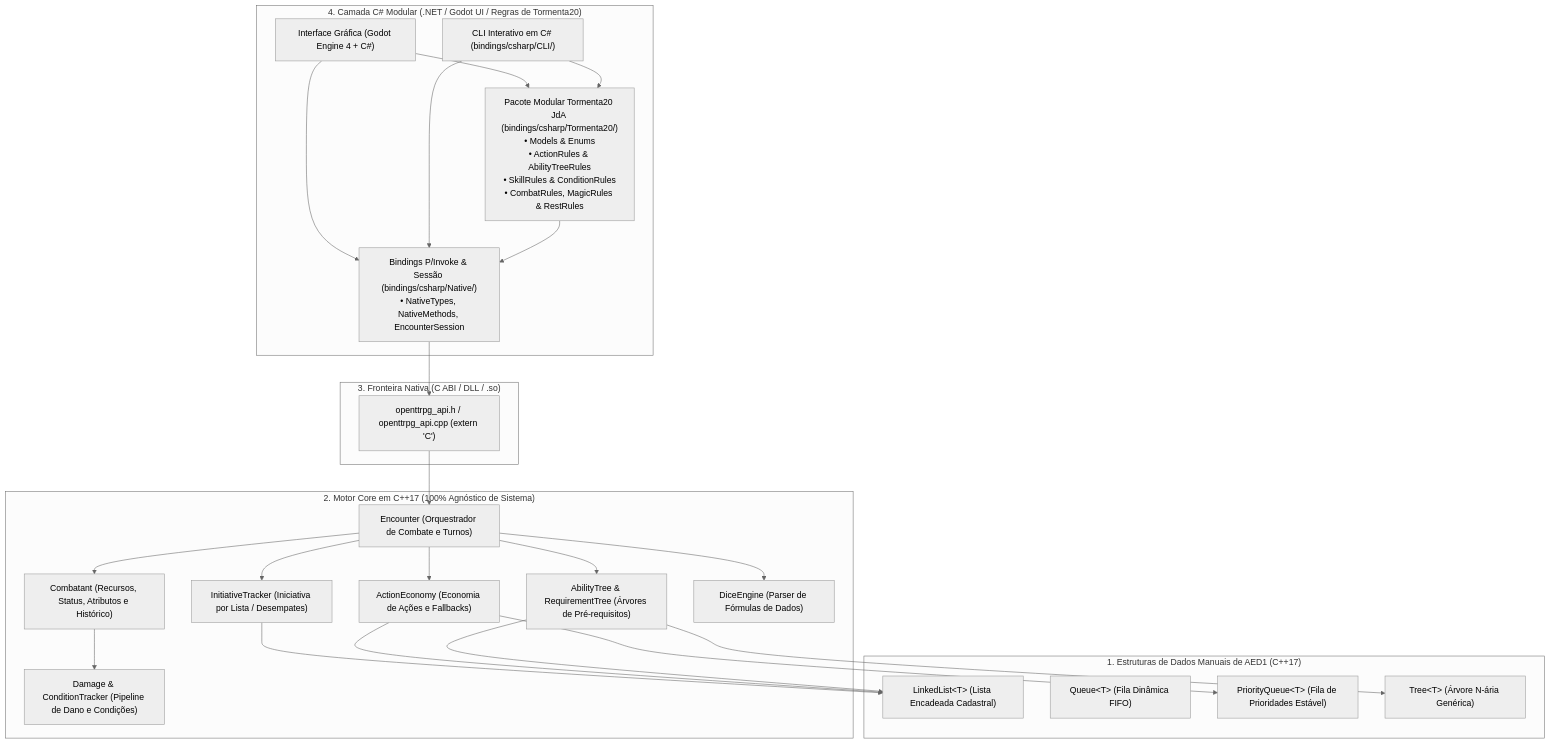
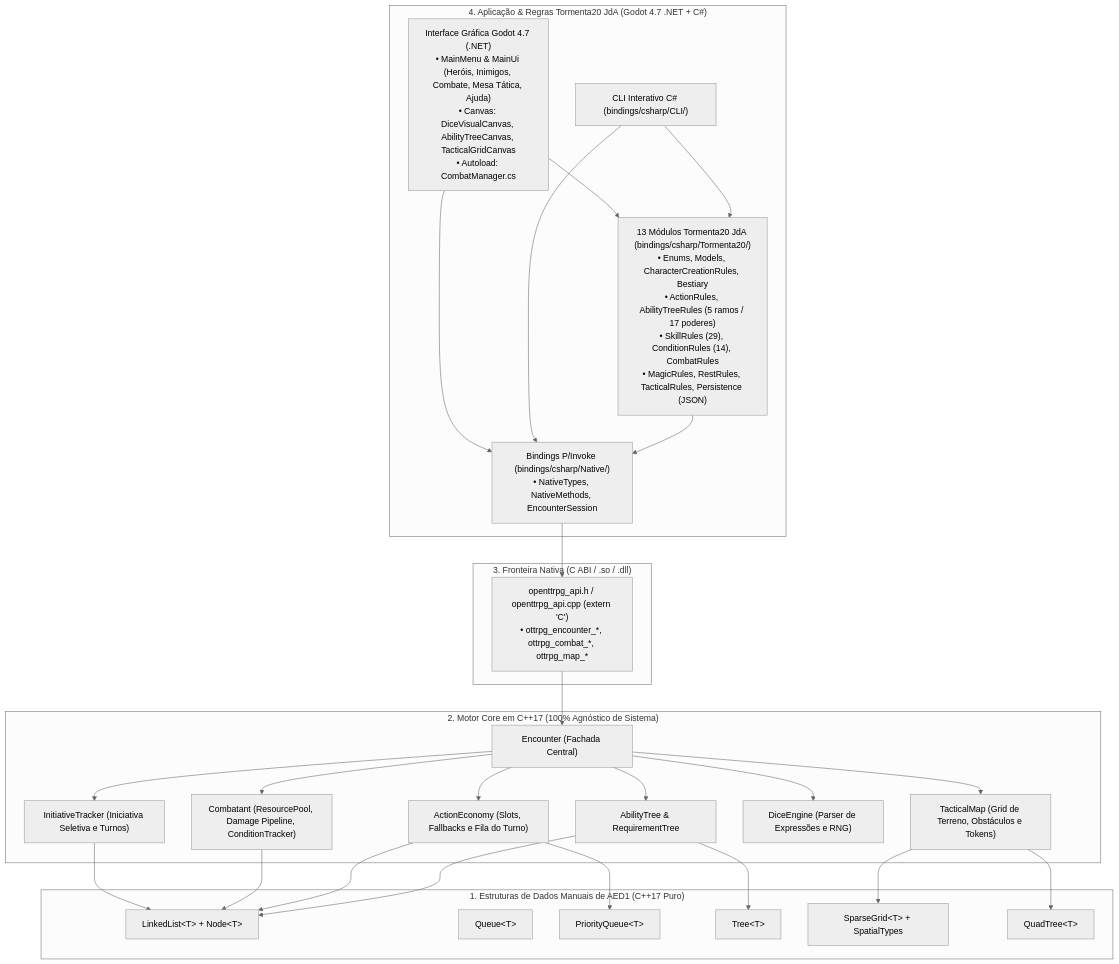
One commit to Iago3457/OpenTTRPG changed the diagram in README.md. Above: the diagram before and after it, drawn with Mermaid (neutral theme). The commit also changed other lines of this file and 6 other files, not shown here.

````diff
--- a/README.md
+++ b/README.md
@@ -11,51 +11,56 @@
 ```mermaid
 graph TD
-    subgraph CamadaCS ["4. Camada C# Modular (.NET / Godot UI / Regras de Tormenta20)"]
-        GodotUI["Interface Gráfica (Godot Engine 4 + C#)"]
-        CS_CLI["CLI Interativo em C# (bindings/csharp/CLI/)"]
-        T20Mod["Pacote Modular Tormenta20 JdA (bindings/csharp/Tormenta20/)\n• Models & Enums\n• ActionRules & AbilityTreeRules\n• SkillRules & ConditionRules\n• CombatRules, MagicRules & RestRules"]
-        CS_Wrapper["Bindings P/Invoke & Sessão (bindings/csharp/Native/)\n• NativeTypes, NativeMethods, EncounterSession"]
+    subgraph Camada4 ["4. Aplicação & Regras Tormenta20 JdA (Godot 4.7 .NET + C#)"]
+        GodotUI["Interface Gráfica Godot 4.7 (.NET)\n• MainMenu & MainUi (Heróis, Inimigos, Combate, Mesa Tática, Ajuda)\n• Canvas: DiceVisualCanvas, AbilityTreeCanvas, TacticalGridCanvas\n• Autoload: CombatManager.cs"]
+        CS_CLI["CLI Interativo C# (bindings/csharp/CLI/)"]
+        T20Mod["13 Módulos Tormenta20 JdA (bindings/csharp/Tormenta20/)\n• Enums, Models, CharacterCreationRules, Bestiary\n• ActionRules, AbilityTreeRules (5 ramos / 17 poderes)\n• SkillRules (29), ConditionRules (14), CombatRules\n• MagicRules, RestRules, TacticalRules, Persistence (JSON)"]
+        CS_Wrapper["Bindings P/Invoke (bindings/csharp/Native/)\n• NativeTypes, NativeMethods, EncounterSession"]
     end
 
-    subgraph CamadaABI ["3. Fronteira Nativa (C ABI / DLL / .so)"]
-        C_API["openttrpg_api.h / openttrpg_api.cpp (extern 'C')"]
+    subgraph CamadaABI ["3. Fronteira Nativa (C ABI / .so / .dll)"]
+        C_API["openttrpg_api.h / openttrpg_api.cpp (extern 'C')\n• ottrpg_encounter_*, ottrpg_combat_*, ottrpg_map_*"]
     end
 
     subgraph CamadaCore ["2. Motor Core em C++17 (100% Agnóstico de Sistema)"]
-        Encounter["Encounter (Orquestrador de Combate e Turnos)"]
-        InitTracker["InitiativeTracker (Iniciativa por Lista / Desempates)"]
-        ActionEcon["ActionEconomy (Economia de Ações e Fallbacks)"]
-        ReqTree["AbilityTree & RequirementTree (Árvores de Pré-requisitos)"]
-        Combatant["Combatant (Recursos, Status, Atributos e Histórico)"]
-        Dice["DiceEngine (Parser de Fórmulas de Dados)"]
-        Damage["Damage & ConditionTracker (Pipeline de Dano e Condições)"]
+        Encounter["Encounter (Fachada Central)"]
+        InitTracker["InitiativeTracker (Iniciativa Seletiva e Turnos)"]
+        ActionEcon["ActionEconomy (Slots, Fallbacks e Fila do Turno)"]
+        ReqTree["AbilityTree & RequirementTree"]
+        Combatant["Combatant (ResourcePool, Damage Pipeline, ConditionTracker)"]
+        Dice["DiceEngine (Parser de Expressões e RNG)"]
+        TMap["TacticalMap (Grid de Terreno, Obstáculos e Tokens)"]
     end
 
-    subgraph CamadaAED1 ["1. Estruturas de Dados Manuais de AED1 (C++17)"]
-        LList["LinkedList&lt;T&gt; (Lista Encadeada Cadastral)"]
-        FIFOQueue["Queue&lt;T&gt; (Fila Dinâmica FIFO)"]
-        PQueue["PriorityQueue&lt;T&gt; (Fila de Prioridades Estável)"]
-        NTree["Tree&lt;T&gt; (Árvore N-ária Genérica)"]
+    subgraph CamadaAED1 ["1. Estruturas de Dados Manuais de AED1 (C++17 Puro)"]
+        LList["LinkedList&lt;T&gt; + Node&lt;T&gt;"]
+        FIFOQueue["Queue&lt;T&gt;"]
+        PQueue["PriorityQueue&lt;T&gt;"]
+        NTree["Tree&lt;T&gt;"]
+        SGrid["SparseGrid&lt;T&gt; + SpatialTypes"]
+        QTree["QuadTree&lt;T&gt;"]
     end
 
     GodotUI --> T20Mod
     GodotUI --> CS_Wrapper
     CS_CLI --> T20Mod
     CS_CLI --> CS_Wrapper
     T20Mod --> CS_Wrapper
     CS_Wrapper --> C_API
     C_API --> Encounter
 
     Encounter --> InitTracker
     Encounter --> ActionEcon
     Encounter --> ReqTree
     Encounter --> Combatant
     Encounter --> Dice
-    Combatant --> Damage
+    Encounter --> TMap
 
     InitTracker --> LList
+    Combatant --> LList
     ActionEcon --> PQueue
     ActionEcon --> LList
     ReqTree --> NTree
     ReqTree --> LList
+    TMap --> SGrid
+    TMap --> QTree
 ```
````
